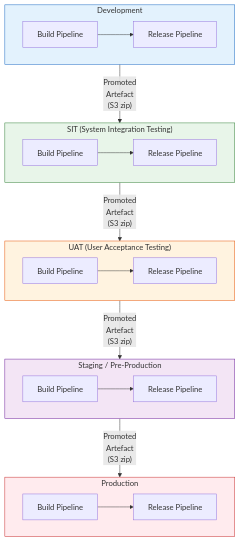
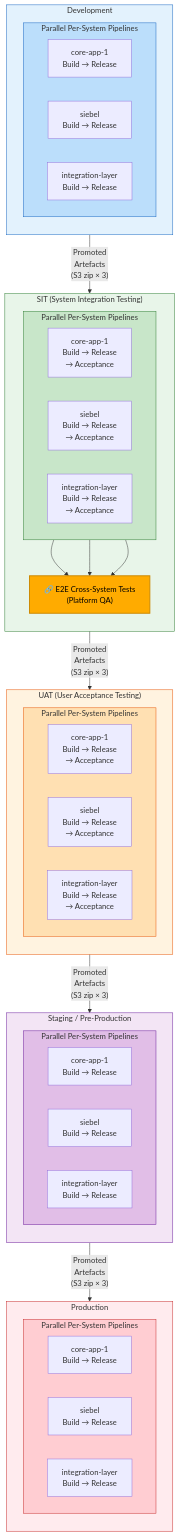
One commit to mitsram/integration-example-aws changed the fifth of 12 diagrams in docs/cicd-integration.md. Above: the diagram before and after it, drawn with Mermaid. The commit also changed other lines of this file and 1 other file, not shown here.

````diff
--- a/docs/cicd-integration.md
+++ b/docs/cicd-integration.md
@@ -122,48 +168,73 @@
 ```mermaid
 flowchart TB
     subgraph DEV["Development"]
-        direction LR
-        DB["Build Pipeline"]
-        DR["Release Pipeline"]
-        DB --> DR
+        direction TB
+        subgraph DEV_P["Parallel Per-System Pipelines"]
+            direction LR
+            D_CA1["core-app-1\nBuild → Release"]
+            D_SBL["siebel\nBuild → Release"]
+            D_IL["integration-layer\nBuild → Release"]
+        end
     end
 
     subgraph SIT["SIT (System Integration Testing)"]
-        direction LR
-        SB["Build Pipeline"]
-        SR["Release Pipeline"]
-        SB --> SR
+        direction TB
+        subgraph SIT_P["Parallel Per-System Pipelines"]
+            direction LR
+            S_CA1["core-app-1\nBuild → Release\n→ Acceptance"]
+            S_SBL["siebel\nBuild → Release\n→ Acceptance"]
+            S_IL["integration-layer\nBuild → Release\n→ Acceptance"]
+        end
+        SIT_E2E["🔗 E2E Cross-System Tests\n(Platform QA)"]
+        S_CA1 --> SIT_E2E
+        S_SBL --> SIT_E2E
+        S_IL --> SIT_E2E
     end
 
     subgraph UAT["UAT (User Acceptance Testing)"]
-        direction LR
-        UB["Build Pipeline"]
-        UR["Release Pipeline"]
-        UB --> UR
+        direction TB
+        subgraph UAT_P["Parallel Per-System Pipelines"]
+            direction LR
+            U_CA1["core-app-1\nBuild → Release\n→ Acceptance"]
+            U_SBL["siebel\nBuild → Release\n→ Acceptance"]
+            U_IL["integration-layer\nBuild → Release\n→ Acceptance"]
+        end
     end
 
     subgraph STG["Staging / Pre-Production"]
-        direction LR
-        STB["Build Pipeline"]
-        STR["Release Pipeline"]
-        STB --> STR
+        direction TB
+        subgraph STG_P["Parallel Per-System Pipelines"]
+            direction LR
+            ST_CA1["core-app-1\nBuild → Release"]
+            ST_SBL["siebel\nBuild → Release"]
+            ST_IL["integration-layer\nBuild → Release"]
+        end
     end
 
     subgraph PROD["Production"]
-        direction LR
-        PB["Build Pipeline"]
-        PR["Release Pipeline"]
-        PB --> PR
+        direction TB
+        subgraph PROD_P["Parallel Per-System Pipelines"]
+            direction LR
+            P_CA1["core-app-1\nBuild → Release"]
+            P_SBL["siebel\nBuild → Release"]
+            P_IL["integration-layer\nBuild → Release"]
+        end
     end
 
-    DR -- "Promoted\nArtefact\n(S3 zip)" --> SB
-    SR -- "Promoted\nArtefact\n(S3 zip)" --> UB
-    UR -- "Promoted\nArtefact\n(S3 zip)" --> STB
-    STR -- "Promoted\nArtefact\n(S3 zip)" --> PB
+    DEV -- "Promoted\nArtefacts\n(S3 zip × 3)" --> SIT
+    SIT_E2E -- "Promoted\nArtefacts\n(S3 zip × 3)" --> UAT
+    UAT -- "Promoted\nArtefacts\n(S3 zip × 3)" --> STG
+    STG -- "Promoted\nArtefacts\n(S3 zip × 3)" --> PROD
 
     style DEV fill:#e3f2fd,stroke:#1565c0
     style SIT fill:#e8f5e9,stroke:#2e7d32
     style UAT fill:#fff3e0,stroke:#e65100
     style STG fill:#f3e5f5,stroke:#6a1b9a
     style PROD fill:#ffebee,stroke:#c62828
+    style SIT_E2E fill:#FFAB00,color:#000,stroke:#cc8800,stroke-width:2px
+    style DEV_P fill:#bbdefb,stroke:#1565c0
+    style SIT_P fill:#c8e6c9,stroke:#2e7d32
+    style UAT_P fill:#ffe0b2,stroke:#e65100
+    style STG_P fill:#e1bee7,stroke:#6a1b9a
+    style PROD_P fill:#ffcdd2,stroke:#c62828
 ```
````
